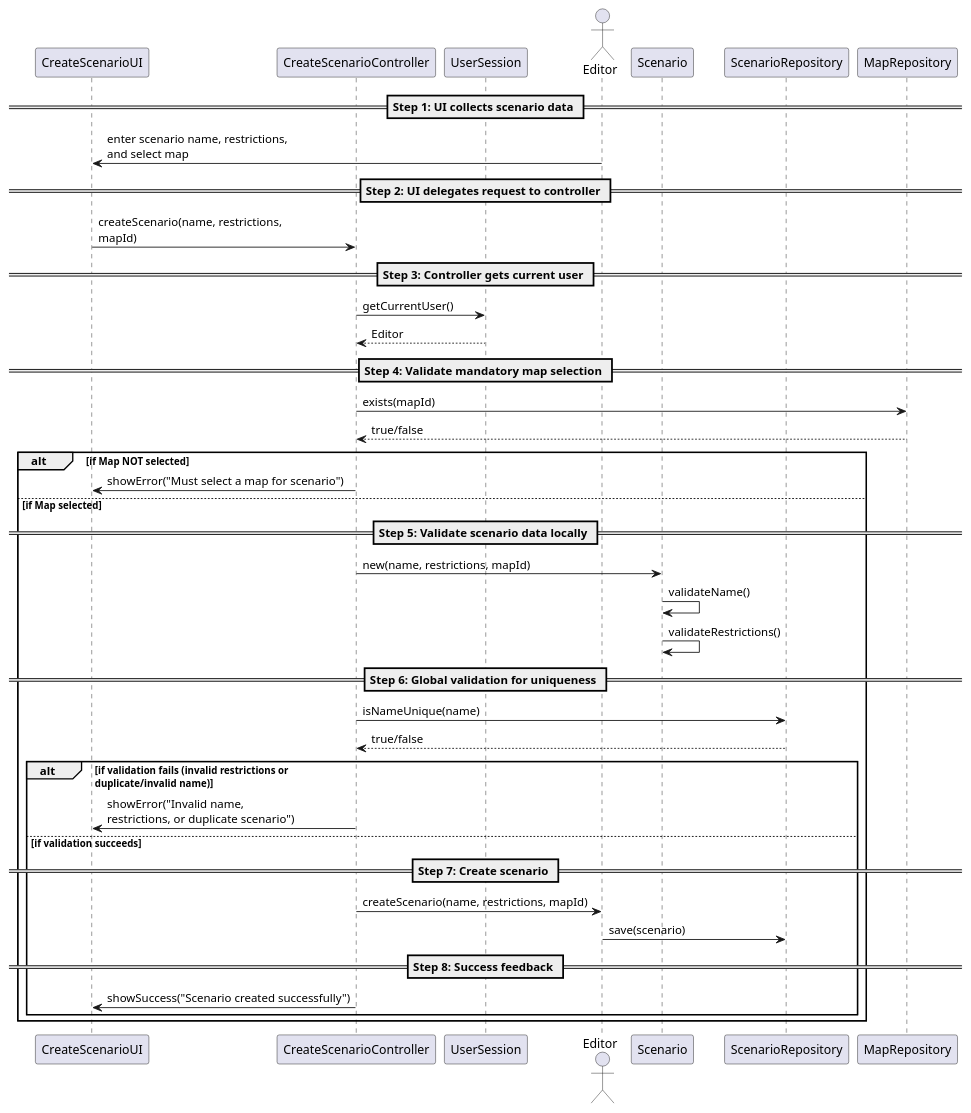
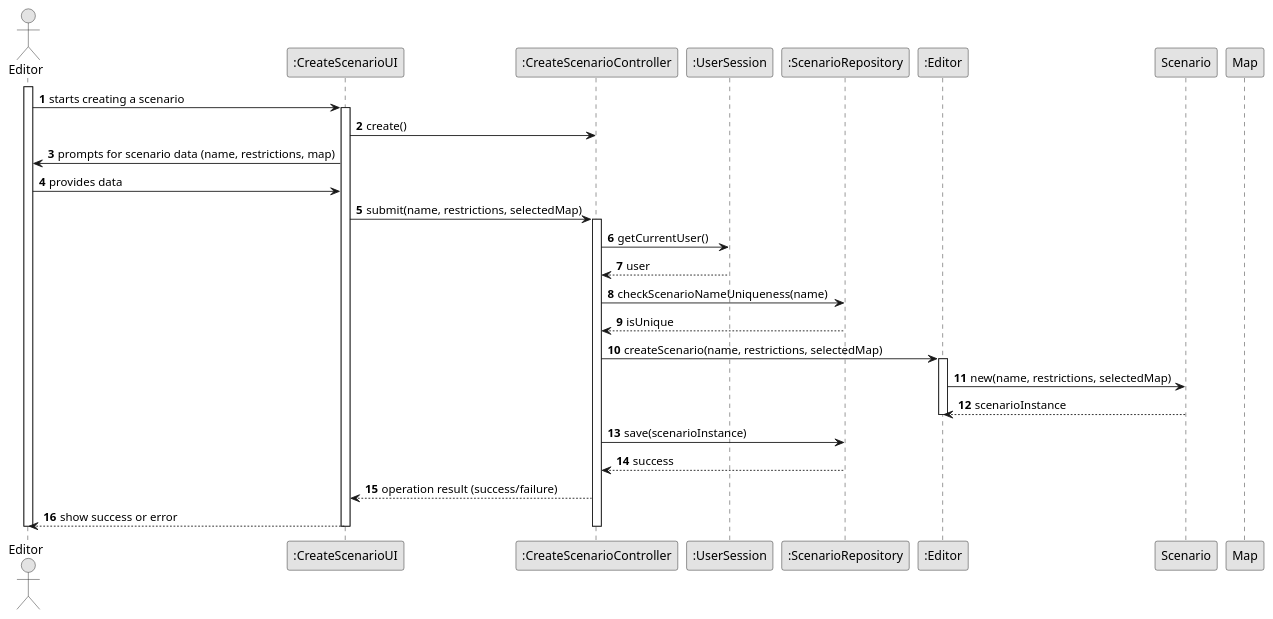
The diagram in docs/sprint2/us004/03.design/puml/us004-full-diagram.puml (ivasduarte/all-aboard), drawn with PlantUML before and after one commit. The commit also changed 13 other files, not shown here.

```diff
--- a/docs/sprint2/us004/03.design/puml/us004-full-diagram.puml
+++ b/docs/sprint2/us004/03.design/puml/us004-full-diagram.puml
@@ -1,47 +1,51 @@
 @startuml
-actor Editor
-participant CreateScenarioUI
-participant CreateScenarioController
-participant UserSession
-participant Editor
-participant Scenario
-participant ScenarioRepository
-participant MapRepository
+skinparam monochrome true
+skinparam packageStyle rectangle
+skinparam shadowing false
 
-== Step 1: UI collects scenario data ==
-Editor -> CreateScenarioUI : enter scenario name, restrictions,\nand select map
+autonumber
+actor "Editor" as Editor
+participant ":CreateScenarioUI" as UI
+participant ":CreateScenarioController" as CTRL
+participant ":UserSession" as US
+participant ":ScenarioRepository" as Repo
+participant ":Editor" as EditorDom
+participant "Scenario" as Scenario
+participant "Map" as Map
 
-== Step 2: UI delegates request to controller ==
-CreateScenarioUI -> CreateScenarioController : createScenario(name, restrictions,\nmapId)
+activate Editor
 
-== Step 3: Controller gets current user ==
-CreateScenarioController -> UserSession : getCurrentUser()
-UserSession --> CreateScenarioController : Editor
+Editor -> UI : starts creating a scenario
 
-== Step 4: Validate mandatory map selection ==
-CreateScenarioController -> MapRepository : exists(mapId)
-MapRepository --> CreateScenarioController : true/false
+activate UI
+UI -> CTRL : create()
 
-alt if Map NOT selected
-    CreateScenarioController -> CreateScenarioUI : showError("Must select a map for scenario")
-else if Map selected
-    == Step 5: Validate scenario data locally ==
-    CreateScenarioController -> Scenario : new(name, restrictions, mapId)
-    Scenario -> Scenario : validateName()
-    Scenario -> Scenario : validateRestrictions()
+UI -> Editor : prompts for scenario data (name, restrictions, map)
+Editor -> UI : provides data
+UI -> CTRL : submit(name, restrictions, selectedMap)
 
-    == Step 6: Global validation for uniqueness ==
-    CreateScenarioController -> ScenarioRepository : isNameUnique(name)
-    ScenarioRepository --> CreateScenarioController : true/false
+activate CTRL
 
-    alt if validation fails (invalid restrictions or\nduplicate/invalid name)
-        CreateScenarioController -> CreateScenarioUI : showError("Invalid name,\nrestrictions, or duplicate scenario")
-    else if validation succeeds
-        == Step 7: Create scenario ==
-        CreateScenarioController -> Editor : createScenario(name, restrictions, mapId)
-        Editor -> ScenarioRepository : save(scenario)
-        == Step 8: Success feedback ==
-        CreateScenarioController -> CreateScenarioUI : showSuccess("Scenario created successfully")
-    end
-end
+CTRL -> US : getCurrentUser()
+US --> CTRL : user
+
+CTRL -> Repo : checkScenarioNameUniqueness(name)
+Repo --> CTRL : isUnique
+
+CTRL -> EditorDom : createScenario(name, restrictions, selectedMap)
+activate EditorDom
+EditorDom -> Scenario : new(name, restrictions, selectedMap)
+Scenario --> EditorDom : scenarioInstance
+deactivate EditorDom
+
+CTRL -> Repo : save(scenarioInstance)
+Repo --> CTRL : success
+
+CTRL --> UI : operation result (success/failure)
+UI --> Editor : show success or error
+
+deactivate CTRL
+deactivate UI
+deactivate Editor
+
 @enduml
```
